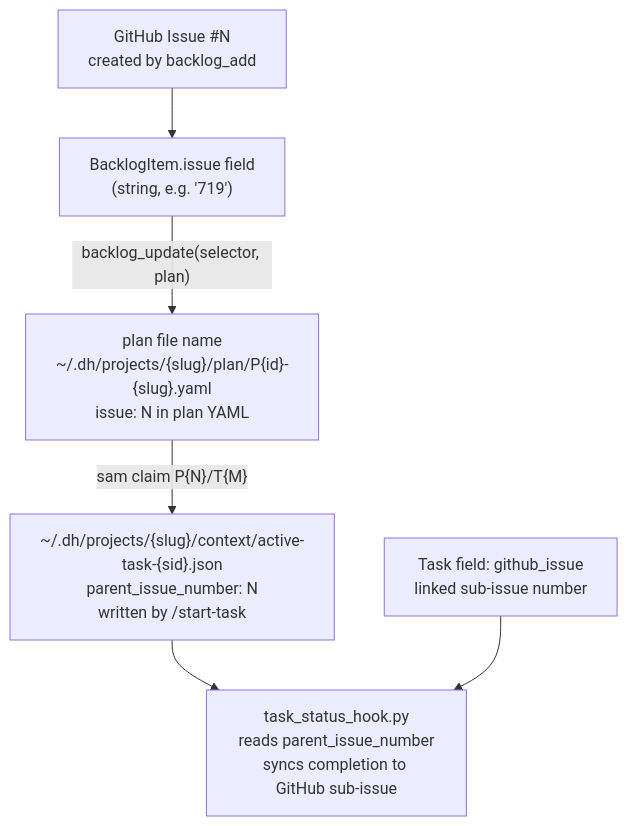
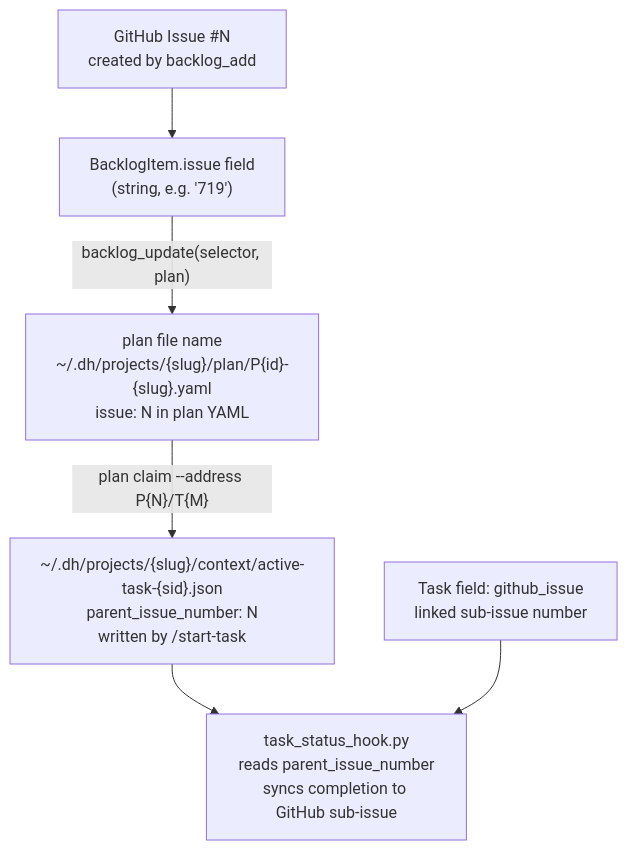
The fourth of 5 diagrams in plugins/development-harness/docs/workflow-architecture-diagram.md (Jamie-BitFlight/claude_skills), drawn with Mermaid before and after one commit. The commit also changed other lines of this file and 27 other files, not shown here.

````diff
--- a/plugins/development-harness/docs/workflow-architecture-diagram.md
+++ b/plugins/development-harness/docs/workflow-architecture-diagram.md
@@ -362,14 +362,14 @@
 ```mermaid
 flowchart TD
     GH["GitHub Issue #N<br>created by backlog_add"]
     BI["BacklogItem.issue field<br>(string, e.g. '719')"]
     PF["plan file name<br>~/.dh/projects/{slug}/plan/P{id}-{slug}.yaml<br>issue: N in plan YAML"]
     CTX["~/.dh/projects/{slug}/context/active-task-{sid}.json<br>parent_issue_number: N<br>written by /start-task"]
     HOOK["task_status_hook.py<br>reads parent_issue_number<br>syncs completion to GitHub sub-issue"]
     TF["Task field: github_issue<br>linked sub-issue number"]
     GH --> BI
     BI -->|"backlog_update(selector, plan)"| PF
-    PF -->|"sam claim P{N}/T{M}"| CTX
+    PF -->|"`plan claim --address P{N}/T{M}`"| CTX
     CTX --> HOOK
     TF --> HOOK
 ```
````
